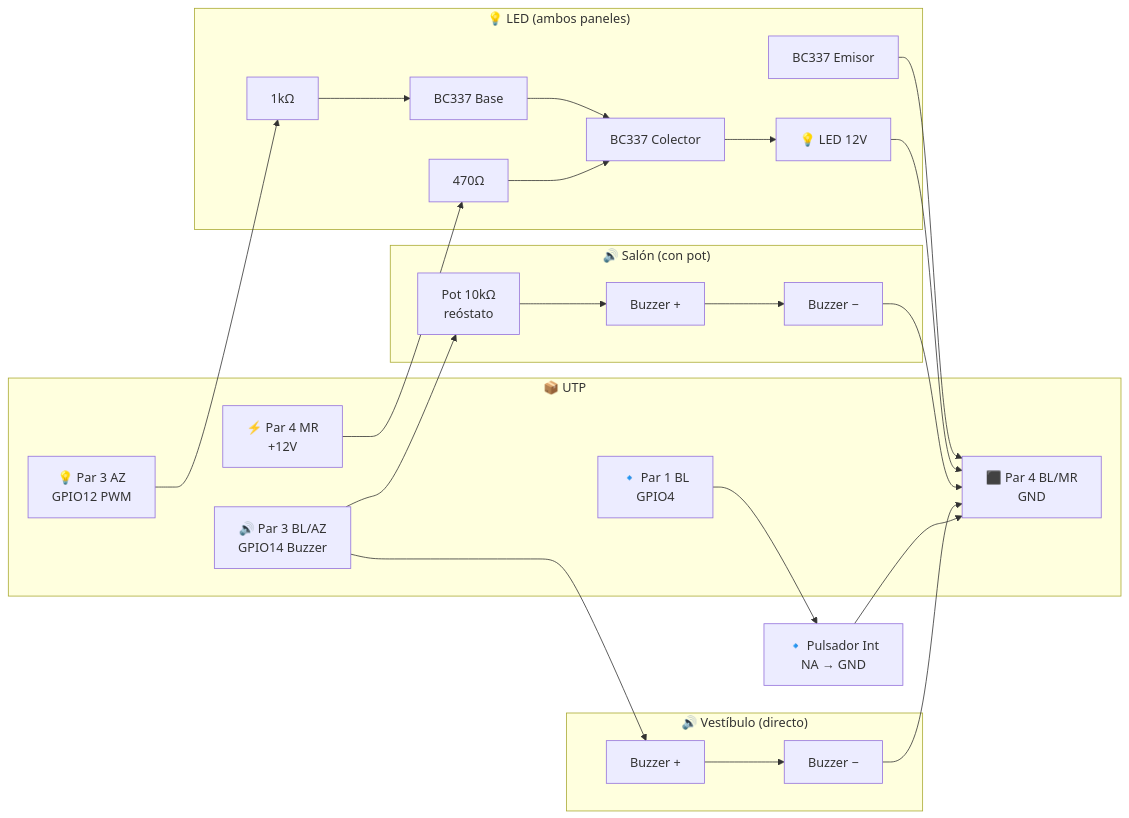
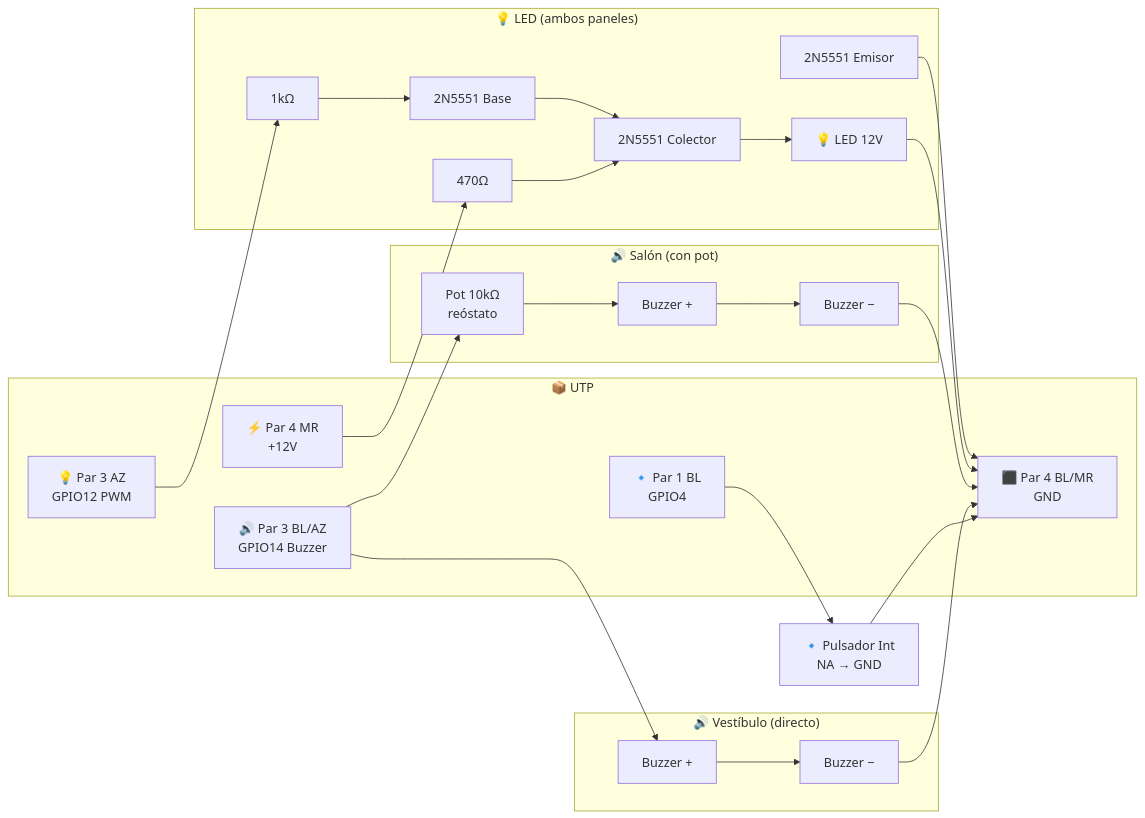
The fourth of 11 diagrams in README.md (abelbour/Abrepuertas), drawn with Mermaid before and after one commit. The commit also changed other lines of this file, not shown here.

````diff
--- a/README.md
+++ b/README.md
@@ -442,31 +442,31 @@
 ```mermaid
 flowchart LR
     subgraph UTP["📦 UTP"]
         AZ["💡 Par 3 AZ<br/>GPIO12 PWM"]
         BLAZ["🔊 Par 3 BL/AZ<br/>GPIO14 Buzzer"]
         P4MR["⚡ Par 4 MR<br/>+12V"]
         GND["⬛ Par 4 BL/MR<br/>GND"]
         P1BL["🔹 Par 1 BL<br/>GPIO4"]
     end
 
     subgraph LedDriver["💡 LED (ambos paneles)"]
-        R1[1kΩ] --> B[BC337 Base]
+        R1[1kΩ] --> B[2N5551 Base]
         AZ --> R1
-        B --> C[BC337 Colector]
+        B --> C[2N5551 Colector]
         P4MR --> R2[470Ω] --> C
-        E[BC337 Emisor] --> GND
+        E[2N5551 Emisor] --> GND
         C --> LED12["💡 LED 12V"]
         LED12 --> GND
     end
 
     subgraph BuzzerSalon["🔊 Salón (con pot)"]
         BLAZ --> POT["Pot 10kΩ<br/>reóstato"] --> BZ_SALON["Buzzer +"] --> BZ_SALON_GND["Buzzer −"] --> GND
     end
 
     subgraph BuzzerVest["🔊 Vestíbulo (directo)"]
         BLAZ --> BZ_VEST["Buzzer +"] --> BZ_VEST_GND["Buzzer −"] --> GND
     end
 
     P1BL --> BtnInt["🔹 Pulsador Int<br/>NA → GND"]
     BtnInt --> GND
 ```
````
